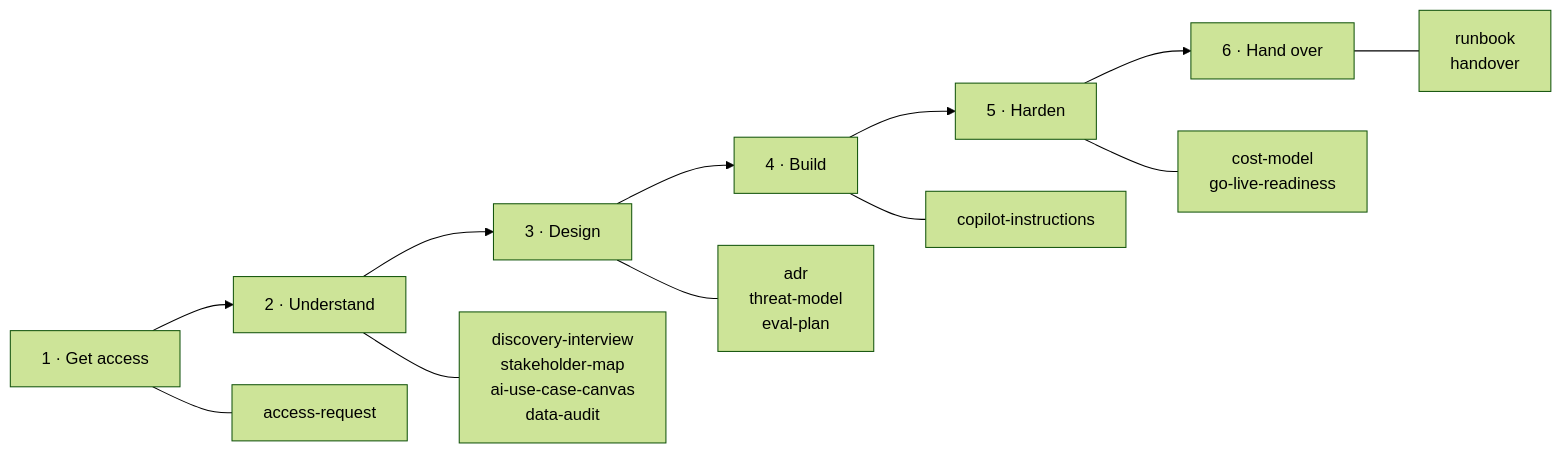
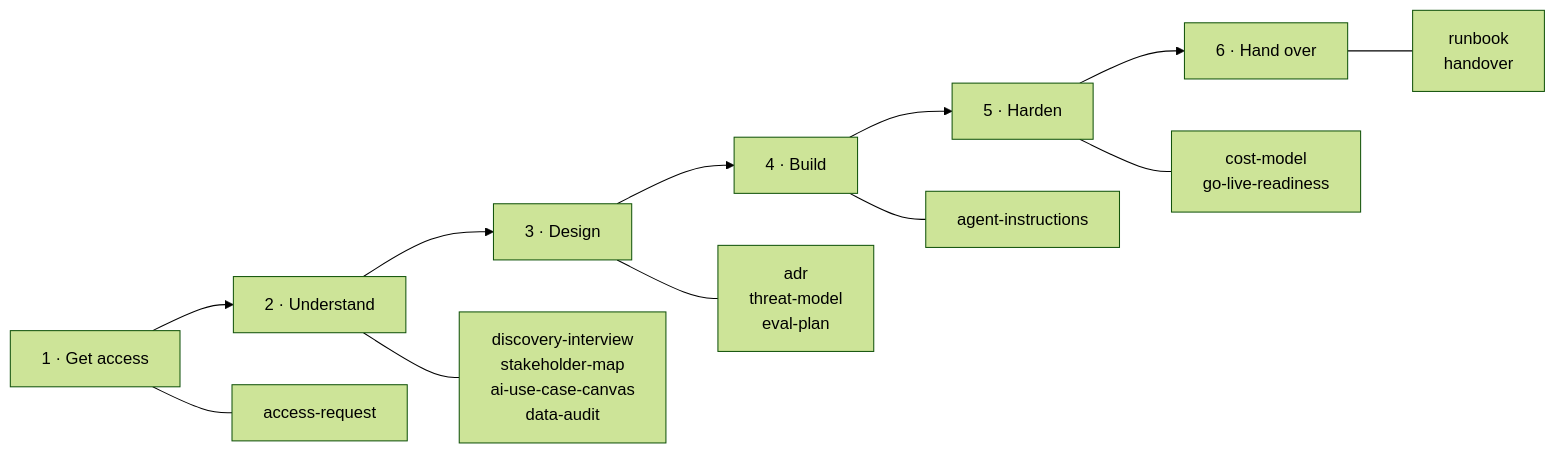
The diagram in skills/README.md (mjtpena/awesome-microsoft-fde), drawn with Mermaid (forest theme) before and after one commit. The commit also changed other lines of this file and 23 other files, not shown here.

````diff
--- a/skills/README.md
+++ b/skills/README.md
@@ -29,10 +42,10 @@
 ```mermaid
 flowchart LR
     S1["1 · Get access"] --> S2["2 · Understand"] --> S3["3 · Design"] --> S4["4 · Build"] --> S5["5 · Harden"] --> S6["6 · Hand over"]
     S1 --- T1["access-request"]
     S2 --- T2["discovery-interview<br/>stakeholder-map<br/>ai-use-case-canvas<br/>data-audit"]
     S3 --- T3["adr<br/>threat-model<br/>eval-plan"]
-    S4 --- T4["copilot-instructions"]
+    S4 --- T4["agent-instructions"]
     S5 --- T5["cost-model<br/>go-live-readiness"]
     S6 --- T6["runbook<br/>handover"]
 ```
````
